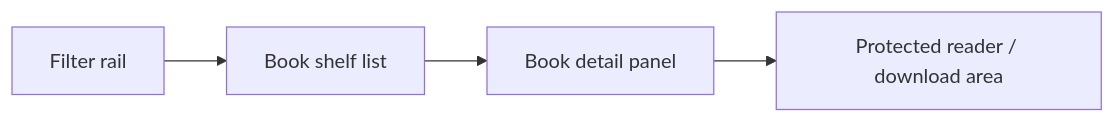
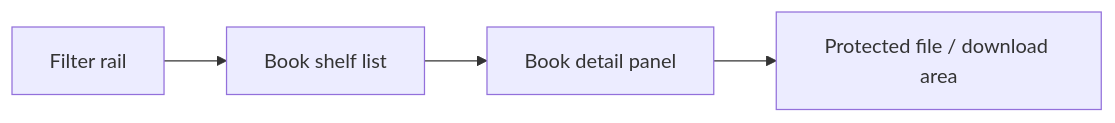
One commit to Albertlearnpython/RememberMyself changed the second of 2 diagrams in docs/design/books/overview.en.md. Above: the diagram before and after it, drawn with Mermaid. The commit also changed other lines of this file and 25 other files, not shown here.

````diff
--- a/docs/design/books/overview.en.md
+++ b/docs/design/books/overview.en.md
@@ -62,6 +62,6 @@
 ```mermaid
 flowchart LR
     A["Filter rail"] --> B["Book shelf list"]
     B --> C["Book detail panel"]
-    C --> D["Protected reader / download area"]
+    C --> D["Protected file / download area"]
 ```
````
